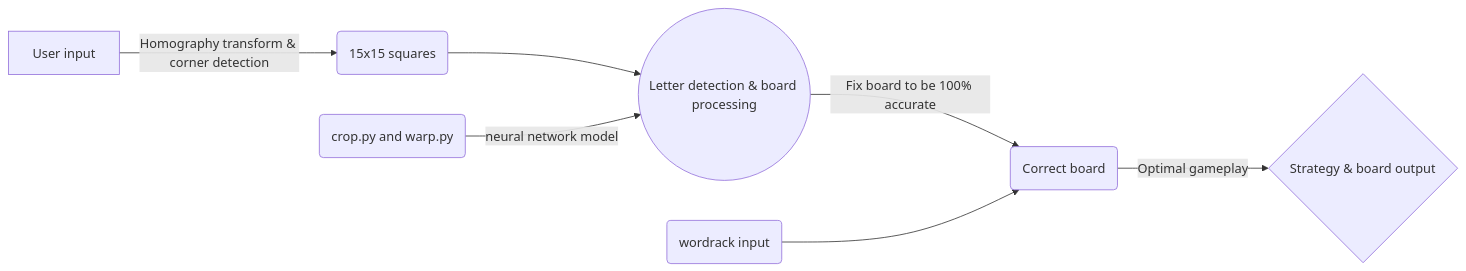
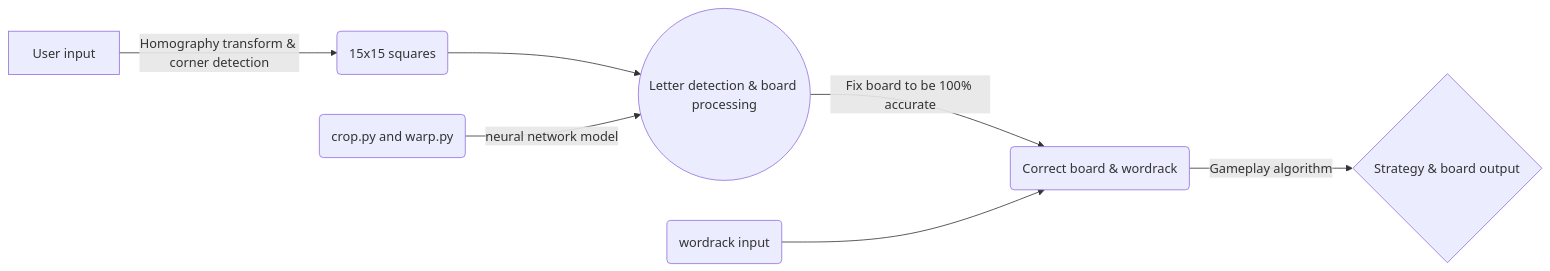
Before and after one commit to kwwangkw/scrabble-solver: the diagram in README.md, drawn with Mermaid.

````diff
--- a/README.md
+++ b/README.md
@@ -27,9 +27,9 @@
 ```mermaid
 graph LR
 A[User input] -- Homography transform & corner detection --> B(15x15 squares )
 B --> D((Letter detection & board processing))
 C(crop.py and warp.py)-- neural network model --> D
-D--Fix board to be 100% accurate-->F(Correct board)
+D--Fix board to be 100% accurate-->F(Correct board & wordrack)
 E(wordrack input) -->F
-F --Optimal gameplay--> G{Strategy & board output}
+F --Gameplay algorithm--> G{Strategy & board output}
 ```
````
